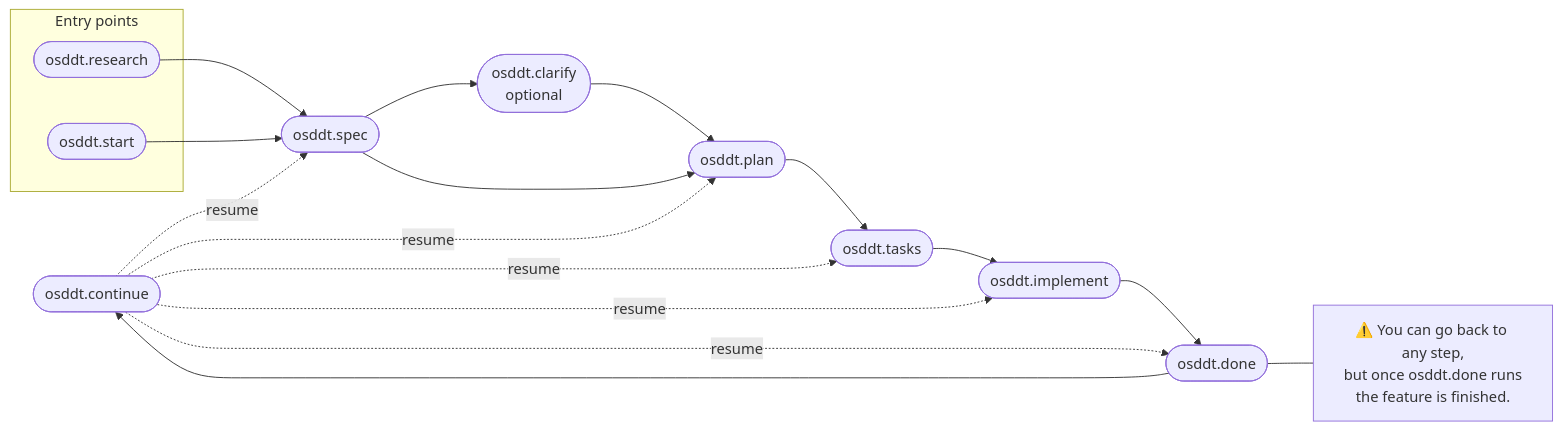
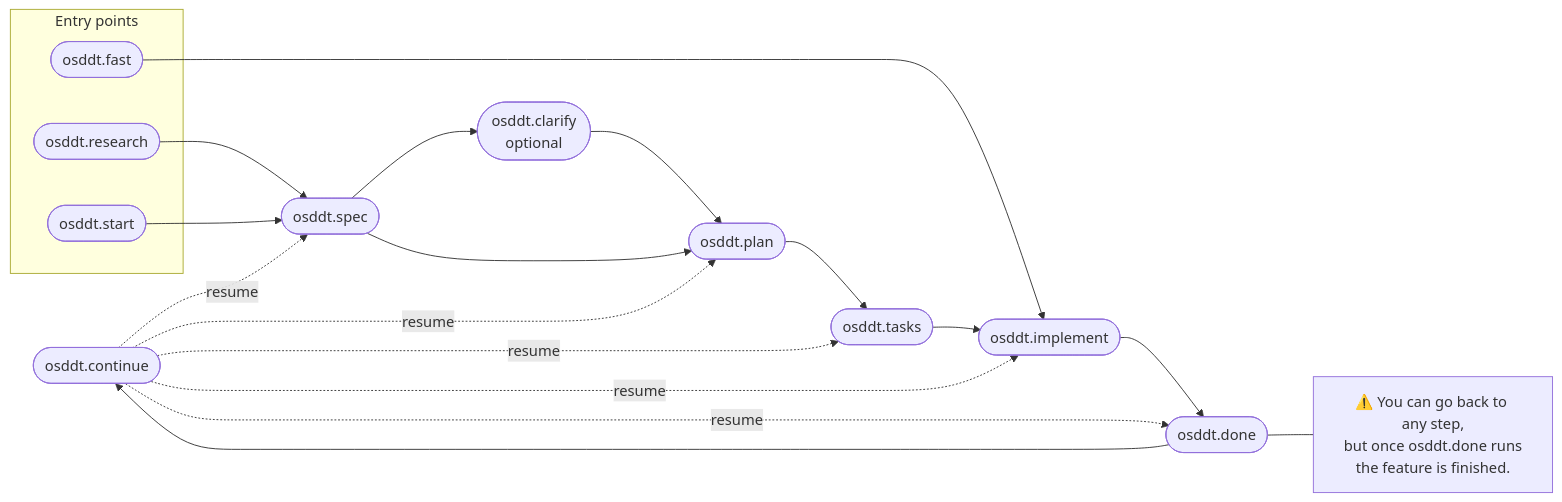
The diagram in README.md (dezkareid/osddt), drawn with Mermaid before and after one commit. The commit also changed other lines of this file and 7 other files, not shown here.

````diff
--- a/README.md
+++ b/README.md
@@ -40,30 +40,32 @@
 ```mermaid
 flowchart LR
     continue([osddt.continue])
 
     subgraph entry[Entry points]
         research([osddt.research])
         start([osddt.start])
+        fast([osddt.fast])
     end
 
     spec([osddt.spec])
     clarify([osddt.clarify\noptional])
     plan([osddt.plan])
     tasks([osddt.tasks])
     implement([osddt.implement])
     done([osddt.done])
 
     research --> spec
     start --> spec
+    fast --> implement
     spec --> clarify
     clarify --> plan
     spec --> plan
     plan --> tasks
     tasks --> implement
     implement --> done
     done --> continue
     continue -.resume.-> spec & plan & tasks & implement & done
 
     note["⚠️ You can go back to any step,\nbut once osddt.done runs\nthe feature is finished."]
     done --- note
 ```
````
